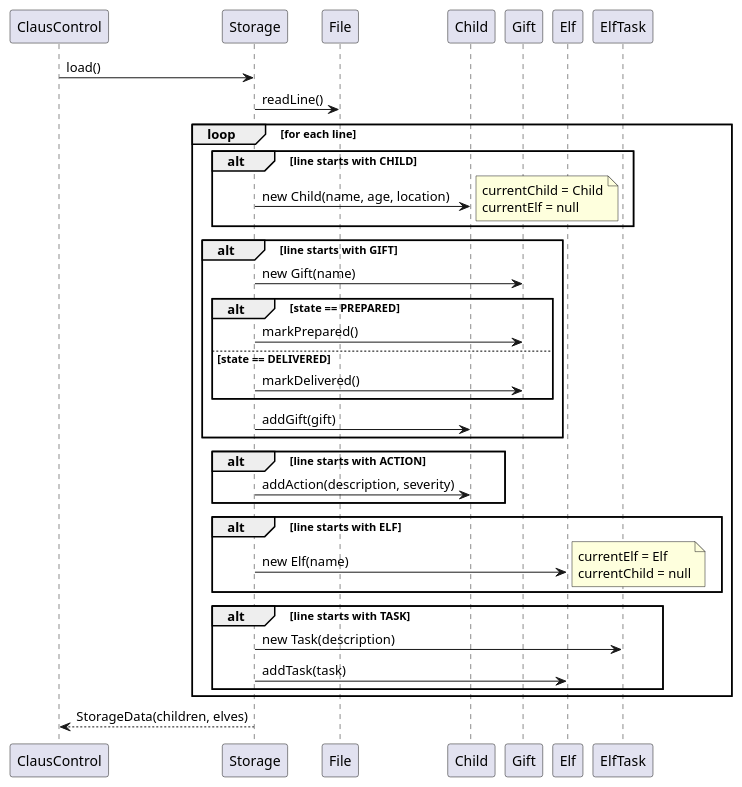
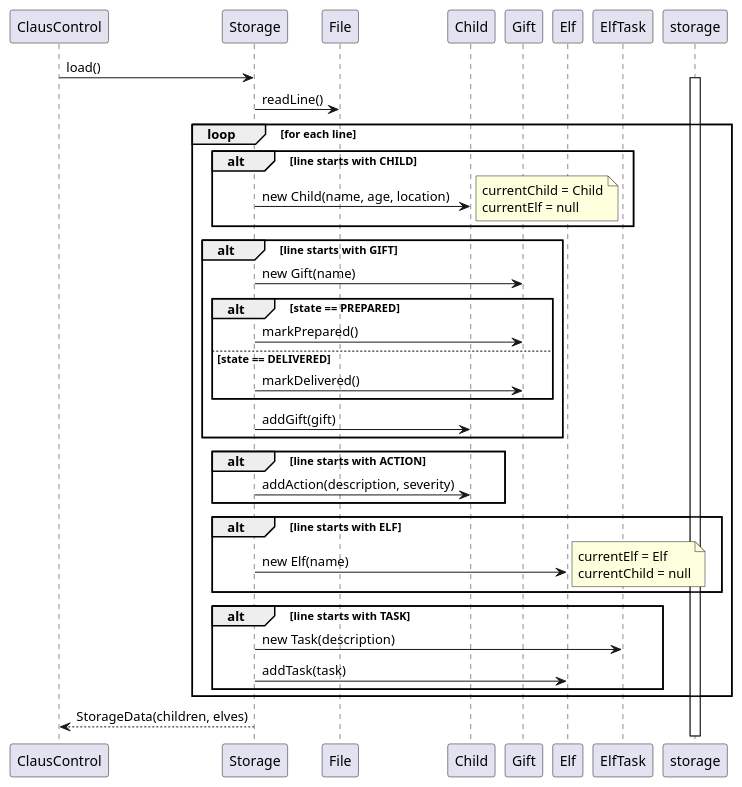
One commit to GShubhan/tp changed the diagram in docs/diagrams/StorageSequenceDiagram.puml. Above: the diagram before and after it, drawn with PlantUML. The commit also changed 5 other files, not shown here.

```diff
--- a/docs/diagrams/StorageSequenceDiagram.puml
+++ b/docs/diagrams/StorageSequenceDiagram.puml
@@ -1,57 +1,58 @@
 @startuml
 
 participant "ClausControl" as App
 participant Storage
 participant File
 participant Child
 participant Gift
 participant Elf
 participant ElfTask as Task
 
 App -> Storage : load()
+activate storage
 Storage -> File : readLine()
 
 loop for each line
 
     alt line starts with CHILD
         Storage -> Child : new Child(name, age, location)
         note right
         currentChild = Child
         currentElf = null
         end note
     end
 
     alt line starts with GIFT
         Storage -> Gift : new Gift(name)
 
         alt state == PREPARED
             Storage -> Gift : markPrepared()
         else state == DELIVERED
             Storage -> Gift : markDelivered()
         end
 
         Storage -> Child : addGift(gift)
     end
 
     alt line starts with ACTION
         Storage -> Child : addAction(description, severity)
     end
 
     alt line starts with ELF
         Storage -> Elf : new Elf(name)
         note right
         currentElf = Elf
         currentChild = null
         end note
     end
 
     alt line starts with TASK
         Storage -> Task : new Task(description)
         Storage -> Elf : addTask(task)
     end
 
 end
 
 Storage --> App : StorageData(children, elves)
-
+deactivate Storage
 @enduml
```
